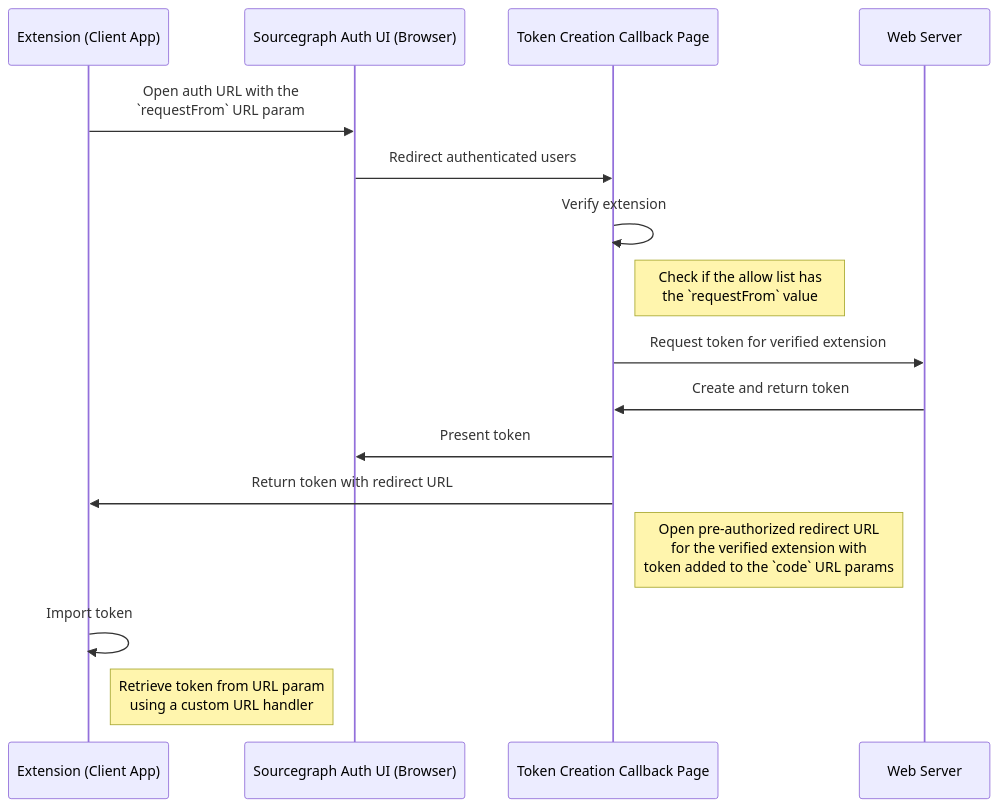
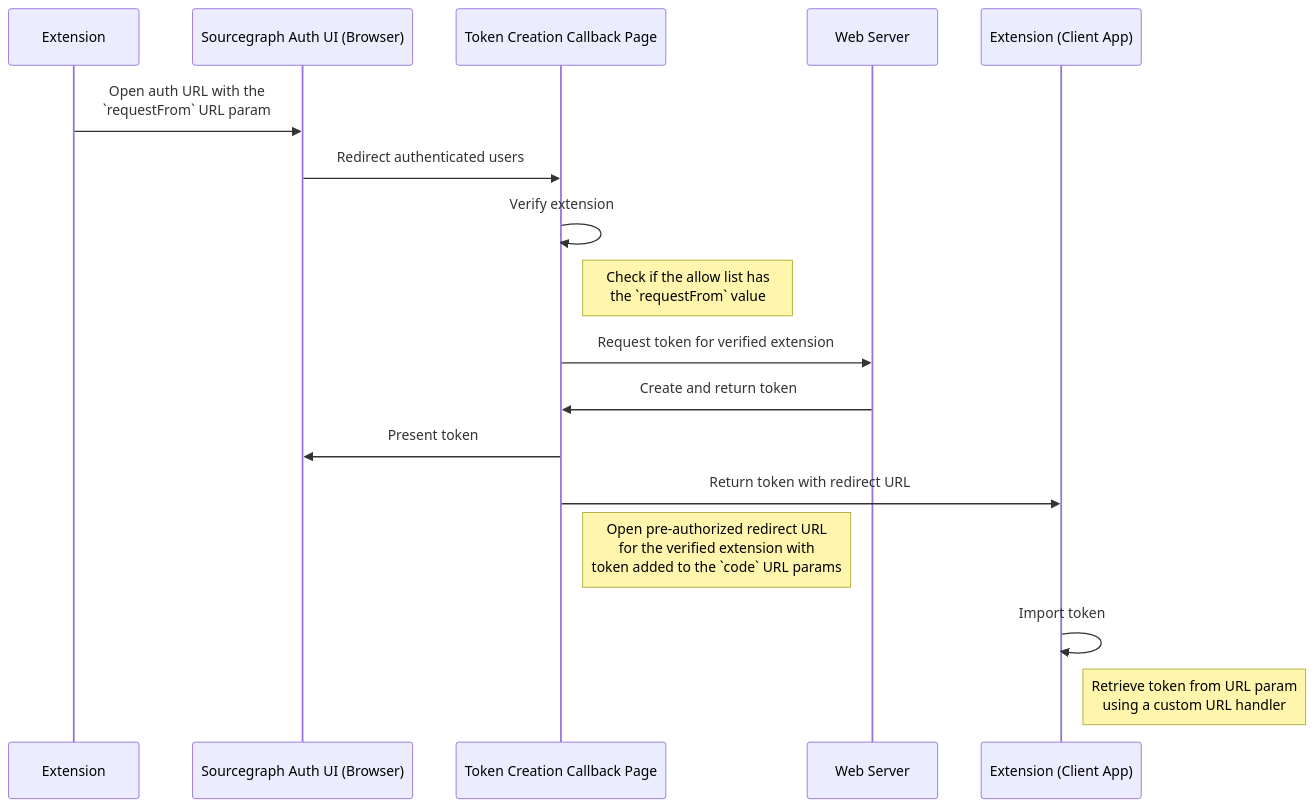
Before and after one commit to sourcegraph/sourcegraph-public-snapshot: the diagram in doc/dev/how-to/streamlined_auth_flow.md, drawn with Mermaid. The commit also changed other lines of this file and 1 other file, not shown here.

Commit message:
Apply suggestions from code review

````diff
--- a/doc/dev/how-to/streamlined_auth_flow.md
+++ b/doc/dev/how-to/streamlined_auth_flow.md
@@ -53,14 +53,14 @@
 ```mermaid
 sequenceDiagram
-    Extension (Client App)->>Sourcegraph Auth UI (Browser): Open auth URL with the<br/>`requestFrom` URL param
+    Extension->>Sourcegraph Auth UI (Browser): Open auth URL with the<br/>`requestFrom` URL param
     Sourcegraph Auth UI (Browser)->>Token Creation Callback Page: Redirect authenticated users
     Token Creation Callback Page->>Token Creation Callback Page: Verify extension
     Note right of Token Creation Callback Page: Check if the allow list has<br/>the `requestFrom` value
     Token Creation Callback Page->>Web Server: Request token for verified extension
     Web Server->>Token Creation Callback Page: Create and return token
     Token Creation Callback Page->>Sourcegraph Auth UI (Browser): Present token
     Token Creation Callback Page->>Extension (Client App): Return token with redirect URL
     Note right of Token Creation Callback Page: Open pre-authorized redirect URL<br/>for the verified extension with<br/>token added to the `code` URL params
     Extension (Client App)->>Extension (Client App): Import token
     Note right of Extension (Client App): Retrieve token from URL param<br>using a custom URL handler
 ```
````
